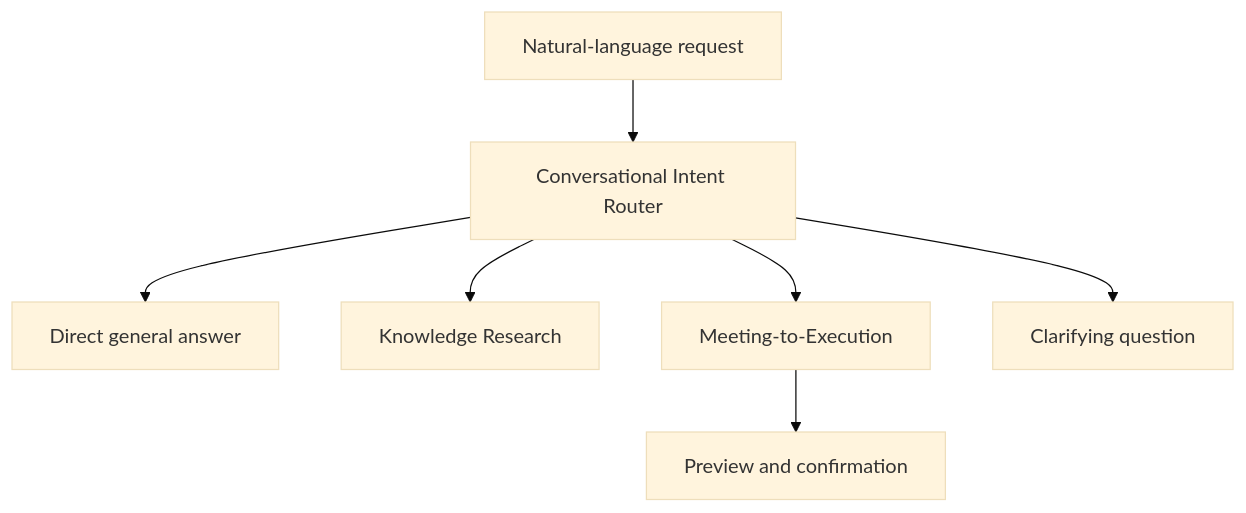
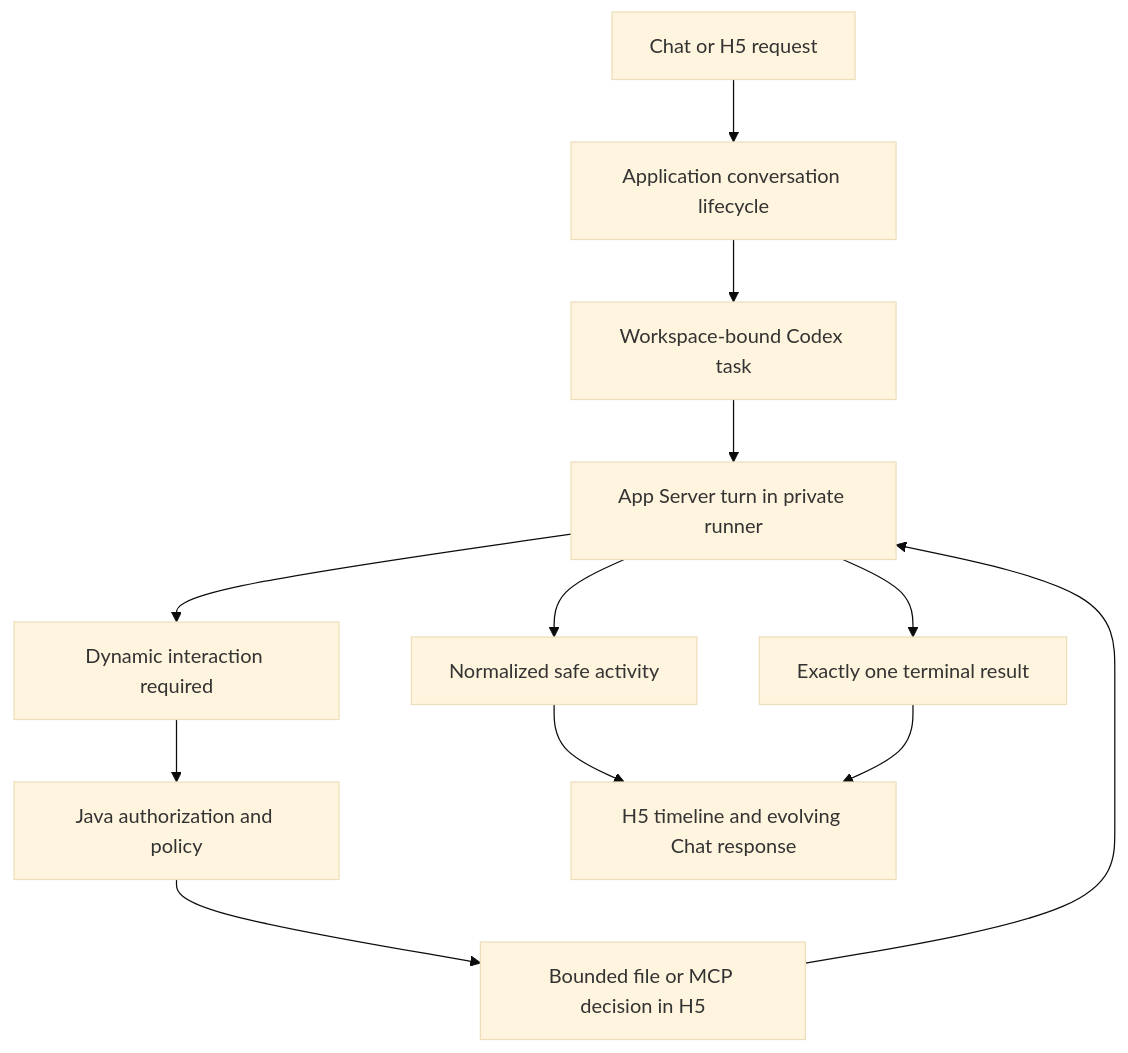
The second of 2 diagrams in docs/project-overview.md (victorhwn7255/synvo-lark-v2), drawn with Mermaid (base theme) before and after one commit. The commit also changed other lines of this file and 145 other files, not shown here.

````diff
--- a/docs/project-overview.md
+++ b/docs/project-overview.md
@@ -216,9 +306,14 @@
 ```mermaid
 flowchart TB
-    USER["Natural-language request"] --> ROUTER["Conversational Intent Router"]
-    ROUTER --> DIRECT["Direct general answer"]
-    ROUTER --> RESEARCH["Knowledge Research"]
-    ROUTER --> MEETING["Meeting-to-Execution"]
-    ROUTER --> CLARIFY["Clarifying question"]
-    MEETING --> CONFIRM["Preview and confirmation"]
+    REQUEST["Chat or H5 request"] --> CONVERSATION["Application conversation lifecycle"]
+    CONVERSATION --> TASK["Workspace-bound Codex task"]
+    TASK --> RUN["App Server turn in private runner"]
+    RUN --> STREAM["Normalized safe activity"]
+    RUN --> INTERACTION["Dynamic interaction required"]
+    INTERACTION --> POLICY["Java authorization and policy"]
+    POLICY --> H5["Bounded file or MCP decision in H5"]
+    H5 --> RUN
+    STREAM --> SURFACES["H5 timeline and evolving Chat response"]
+    RUN --> RESULT["Exactly one terminal result"]
+    RESULT --> SURFACES
 ```
````
